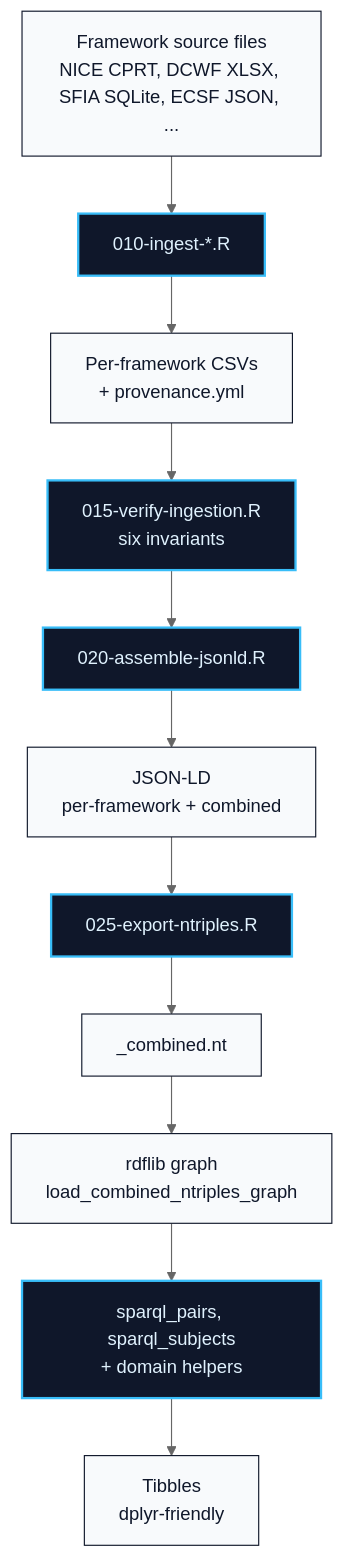
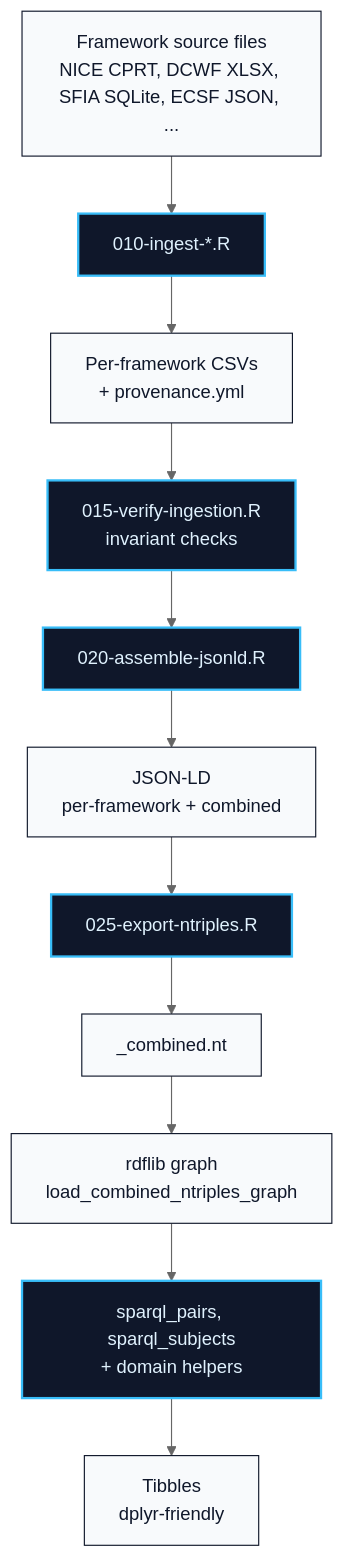
Before and after one commit to ryanstraight/cybedtools: the diagram in vignettes/getting-started.Rmd, drawn with Mermaid (neutral theme). The commit also changed other lines of this file and 172 other files, not shown here.

````diff
--- a/vignettes/getting-started.Rmd
+++ b/vignettes/getting-started.Rmd
@@ -50,21 +50,21 @@
 ```mermaid
 flowchart TD
   src["Framework source files<br>NICE CPRT, DCWF XLSX, SFIA SQLite, ECSF JSON, ..."]
   ingest["010-ingest-*.R"]
   csv["Per-framework CSVs<br>+ provenance.yml"]
-  verify["015-verify-ingestion.R<br>six invariants"]
+  verify["015-verify-ingestion.R<br>invariant checks"]
   assemble["020-assemble-jsonld.R"]
   jsonld["JSON-LD<br>per-framework + combined"]
   ntriples["025-export-ntriples.R"]
   combined["_combined.nt"]
   rdf["rdflib graph<br>load_combined_ntriples_graph"]
   helpers["sparql_pairs, sparql_subjects<br>+ domain helpers"]
   tibbles["Tibbles<br>dplyr-friendly"]
 
   src --> ingest --> csv --> verify --> assemble --> jsonld --> ntriples --> combined --> rdf --> helpers --> tibbles
 
   classDef stage fill:#0F172A,stroke:#38BDF8,color:#E0F2FE,stroke-width:2px
   classDef artifact fill:#F8FAFC,stroke:#0F172A,color:#0F172A
   class ingest,verify,assemble,ntriples,helpers stage
   class src,csv,jsonld,combined,rdf,tibbles artifact
 ```
````
